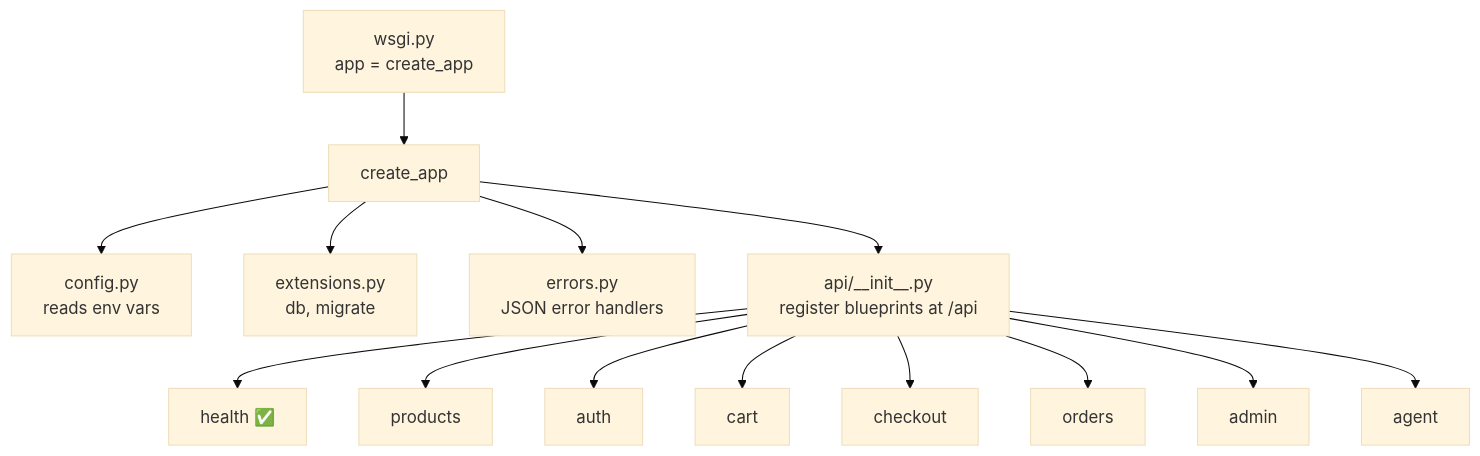
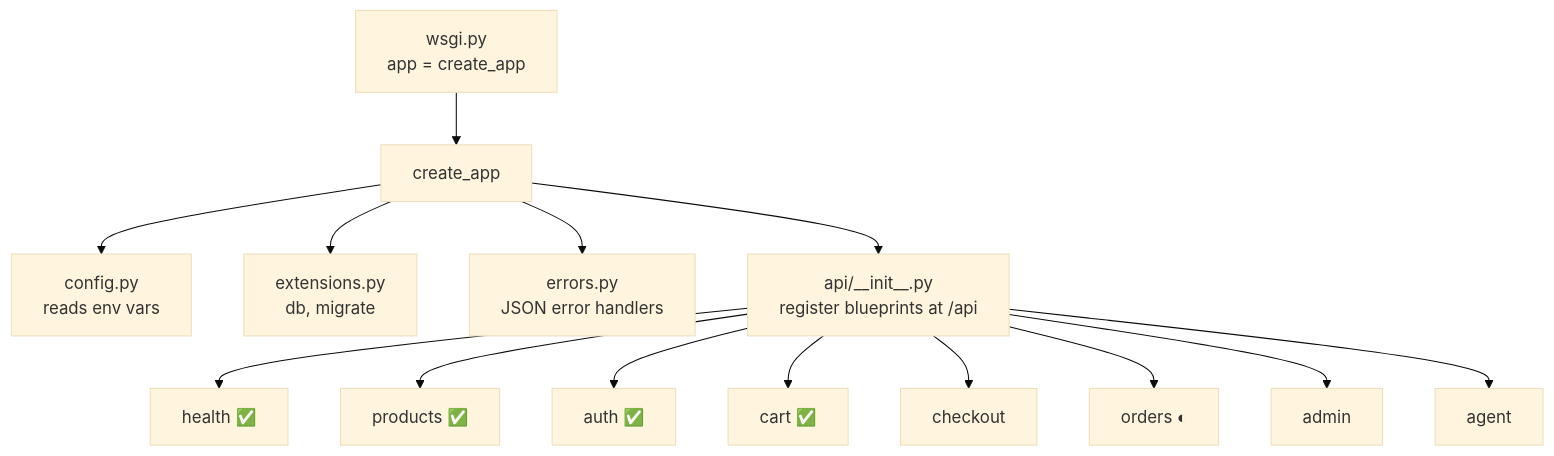
Before and after one commit to abdullahrasheed102/kora-store: the third of 7 diagrams in docs/ARCHITECTURE.md, drawn with Mermaid (base theme). The commit also changed other lines of this file and 108 other files, not shown here.

Commit message:
Phase 3: cart quote, auth with cookie JWT + CSRF, accounts

````diff
--- a/docs/ARCHITECTURE.md
+++ b/docs/ARCHITECTURE.md
@@ -80,16 +80,16 @@
 ```mermaid
 flowchart TB
     W[wsgi.py<br/>app = create_app] --> C[create_app]
     C --> CFG[config.py<br/>reads env vars]
     C --> EXT[extensions.py<br/>db, migrate]
     C --> ERR[errors.py<br/>JSON error handlers]
     C --> BP[api/__init__.py<br/>register blueprints at /api]
     BP --> H[health ✅]
-    BP --> P[products]
-    BP --> AU[auth]
-    BP --> CA[cart]
+    BP --> P[products ✅]
+    BP --> AU[auth ✅]
+    BP --> CA[cart ✅]
     BP --> CH[checkout]
-    BP --> O[orders]
+    BP --> O[orders ◐]
     BP --> AD[admin]
     BP --> AG[agent]
 ```
````
